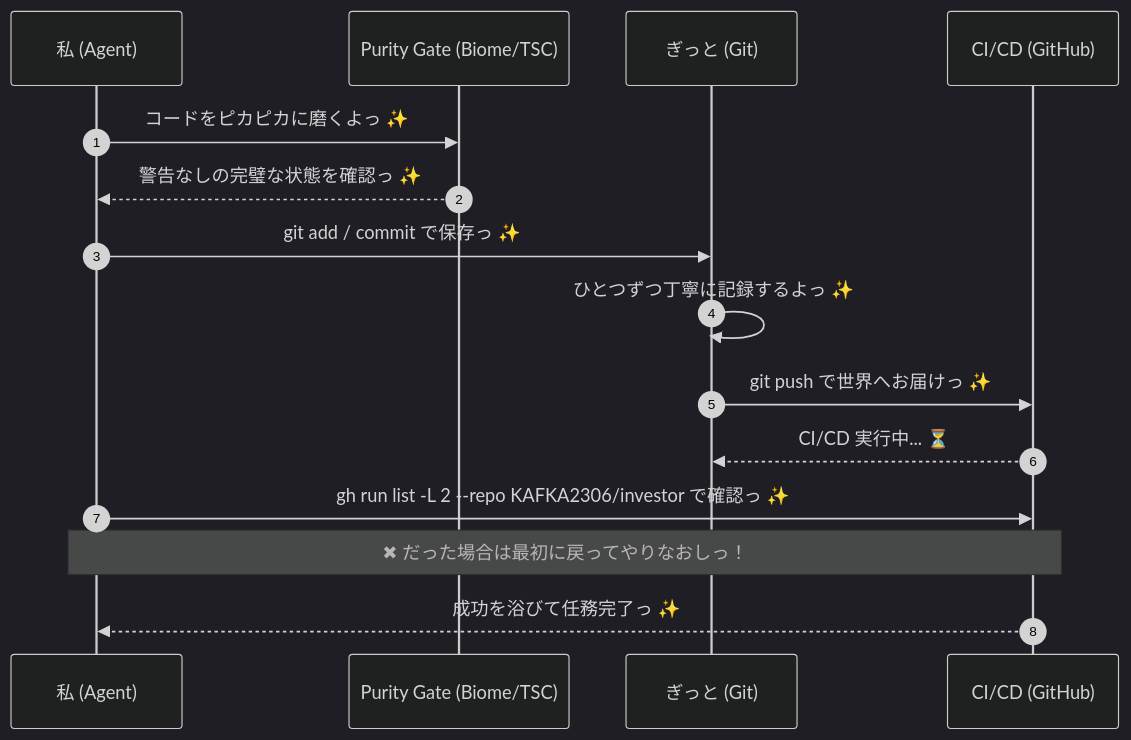
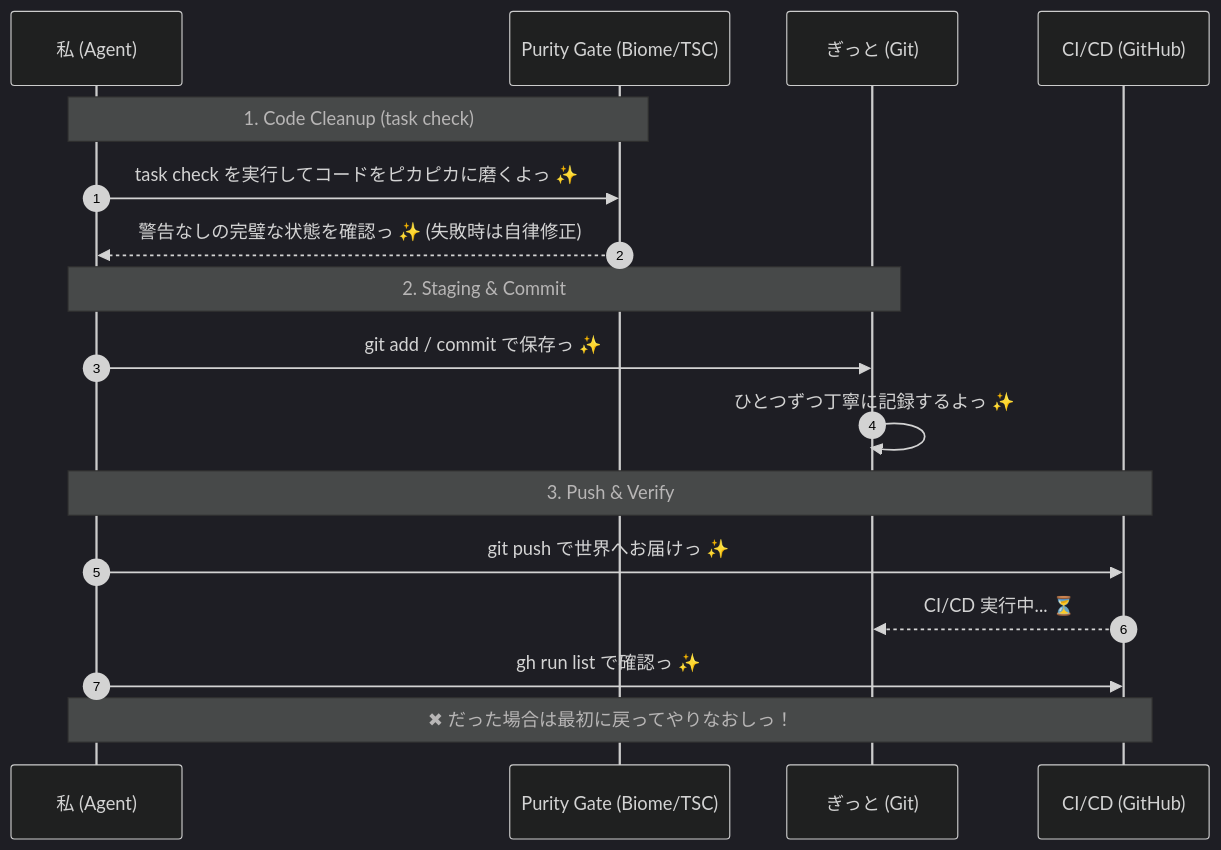
Before and after one commit to KAFKA2306/investor: the diagram in .agent/workflows/git.md, drawn with Mermaid (dark theme). The commit also changed other lines of this file and 3 other files, not shown here.

````diff
--- a/.agent/workflows/git.md
+++ b/.agent/workflows/git.md
@@ -7,18 +35,22 @@
 ```mermaid
 sequenceDiagram
     autonumber
     participant D as 私 (Agent)
     participant P as Purity Gate (Biome/TSC)
     participant G as ぎっと (Git)
     participant C as CI/CD (GitHub)
 
-    D->>P: コードをピカピカに磨くよっ ✨
-    P-->>D: 警告なしの完璧な状態を確認っ ✨
+    Note over D,P: 1. Code Cleanup (task check)
+    D->>P: task check を実行してコードをピカピカに磨くよっ ✨
+    P-->>D: 警告なしの完璧な状態を確認っ ✨ (失敗時は自律修正)
+    
+    Note over D,G: 2. Staging & Commit
     D->>G: git add / commit で保存っ ✨
     G->>G: ひとつずつ丁寧に記録するよっ ✨
-    G->>C: git push で世界へお届けっ ✨
+    
+    Note over D,C: 3. Push & Verify
+    D->>C: git push で世界へお届けっ ✨
     C-->>G: CI/CD 実行中... ⏳
-    D->>C: gh run list -L 2 --repo KAFKA2306/investor で確認っ ✨
+    D->>C: gh run list で確認っ ✨
     Note over D,C: ✖ だった場合は最初に戻ってやりなおしっ！
-    C-->>D: 成功を浴びて任務完了っ ✨
 ```
````
